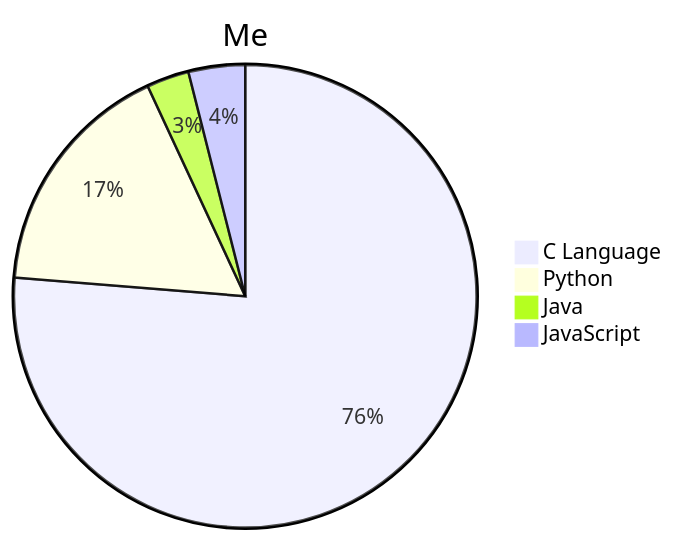
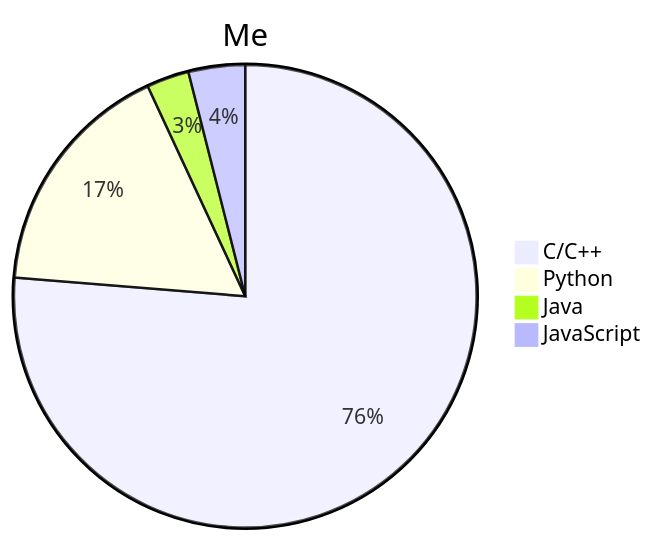
One commit to shjhsj3/shjhsj3 changed the diagram in README.md. Above: the diagram before and after it, drawn with Mermaid.

````diff
--- a/README.md
+++ b/README.md
@@ -1,7 +1,7 @@
 ```mermaid
 pie title Me
-    "C Language" : 386
+    "C/C++" : 386
     "Python" : 85
     "Java" : 15
     "JavaScript" : 20
 ```
````
